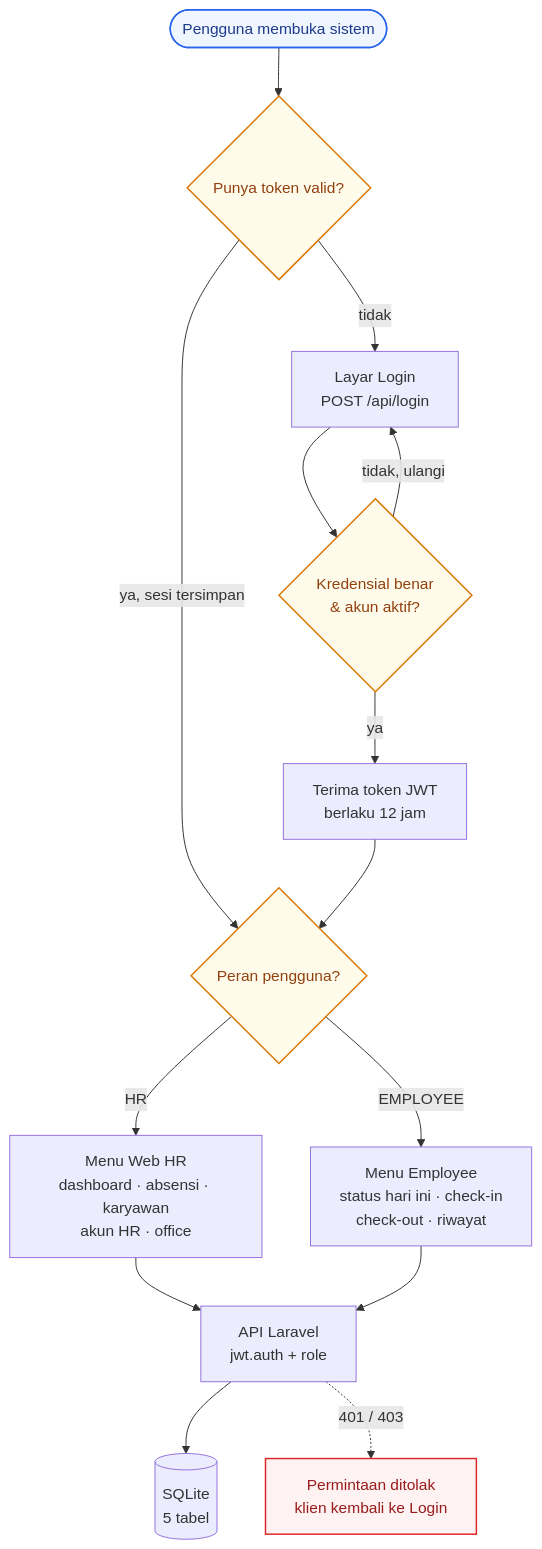
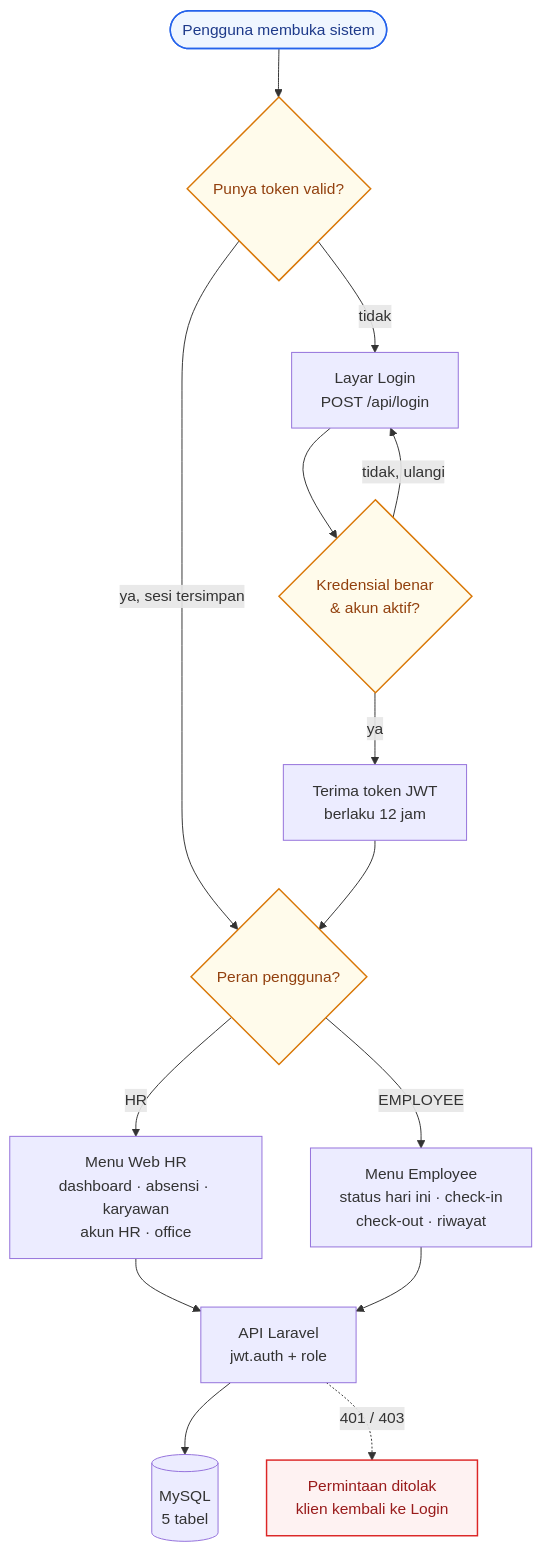
The first of 11 diagrams in docs/project-a/05-Flowchart.md (faizmarwan2/Project1), drawn with Mermaid before and after one commit. The commit also changed other lines of this file and 20 other files, not shown here.

````diff
--- a/docs/project-a/05-Flowchart.md
+++ b/docs/project-a/05-Flowchart.md
@@ -17,22 +17,22 @@
 ```mermaid
 flowchart TD
     START(["Pengguna membuka sistem"]):::start --> Q1{"Punya token valid?"}:::gate
     Q1 -- "tidak" --> LOGIN["Layar Login<br/>POST /api/login"]
     LOGIN --> OK{"Kredensial benar<br/>& akun aktif?"}:::gate
     OK -- "tidak, ulangi" --> LOGIN
     OK -- "ya" --> TOKEN["Terima token JWT<br/>berlaku 12 jam"]
     Q1 -- "ya, sesi tersimpan" --> ROLE
     TOKEN --> ROLE{"Peran pengguna?"}:::gate
 
     ROLE -- "HR" --> HRHUB["Menu Web HR<br/>dashboard · absensi · karyawan<br/>akun HR · office"]
     ROLE -- "EMPLOYEE" --> EMPHUB["Menu Employee<br/>status hari ini · check-in<br/>check-out · riwayat"]
 
     HRHUB --> API["API Laravel<br/>jwt.auth + role"]
     EMPHUB --> API
-    API --> DB[("SQLite<br/>5 tabel")]
+    API --> DB[("MySQL<br/>5 tabel")]
     API -. "401 / 403" .-> X["Permintaan ditolak<br/>klien kembali ke Login"]:::err
 
     classDef start fill:#eff6ff,stroke:#2563eb,color:#1e3a8a,stroke-width:1.5px;
     classDef gate fill:#fffbeb,stroke:#d97706,color:#92400e,stroke-width:1.5px;
     classDef err fill:#fef2f2,stroke:#dc2626,color:#991b1b,stroke-width:1.5px;
 ```
````
